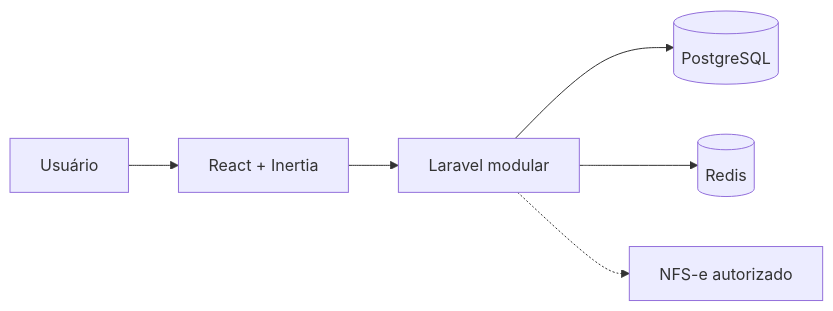
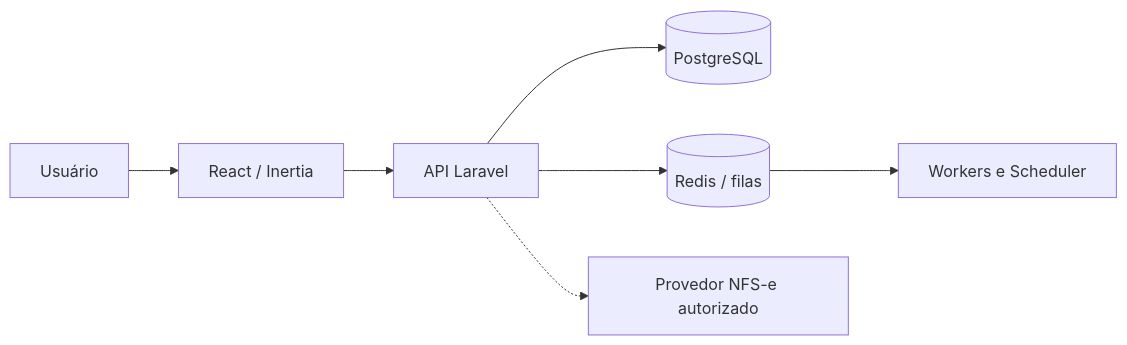
One commit to renan-meneses/curupira-legal changed the diagram in README.md. Above: the diagram before and after it, drawn with Mermaid. The commit also changed other lines of this file, not shown here.

````diff
--- a/README.md
+++ b/README.md
@@ -40,8 +123,9 @@
 ```mermaid
 flowchart LR
-  U[Usuário] --> W[React + Inertia]
-  W --> L[Laravel modular]
-  L --> P[(PostgreSQL)]
-  L --> R[(Redis)]
-  L -.-> N[NFS-e autorizado]
+  U[Usuário] --> F[React / Inertia]
+  F --> A[API Laravel]
+  A --> DB[(PostgreSQL)]
+  A --> Q[(Redis / filas)]
+  Q --> J[Workers e Scheduler]
+  A -.-> NF[Provedor NFS-e autorizado]
 ```
````
